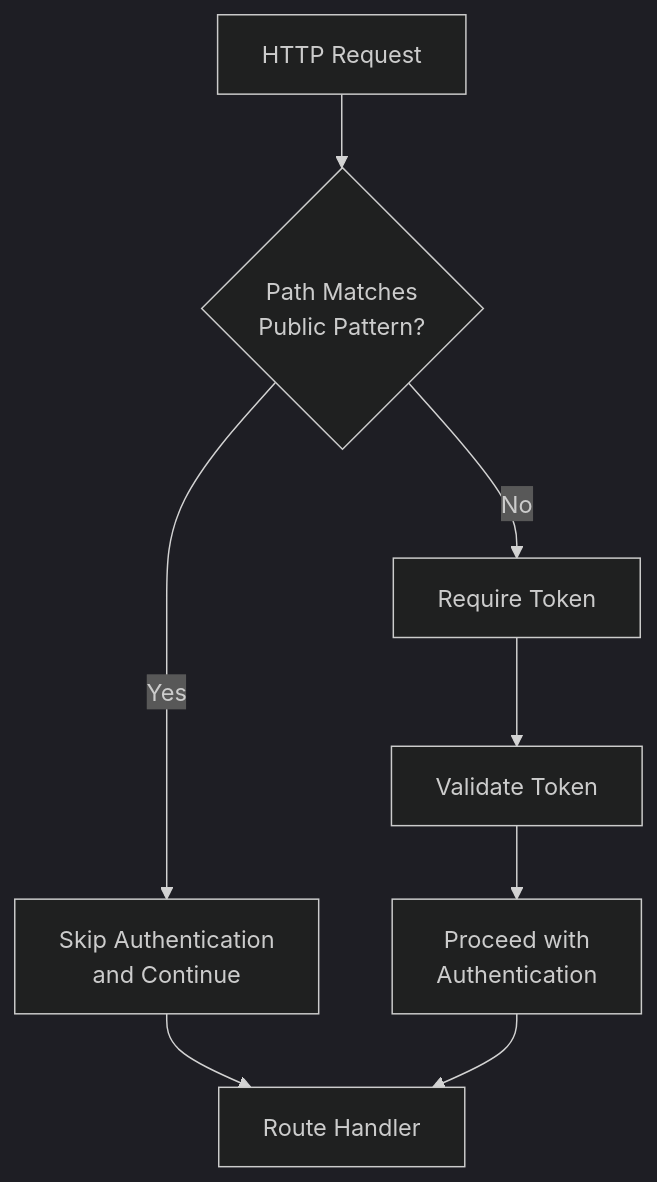
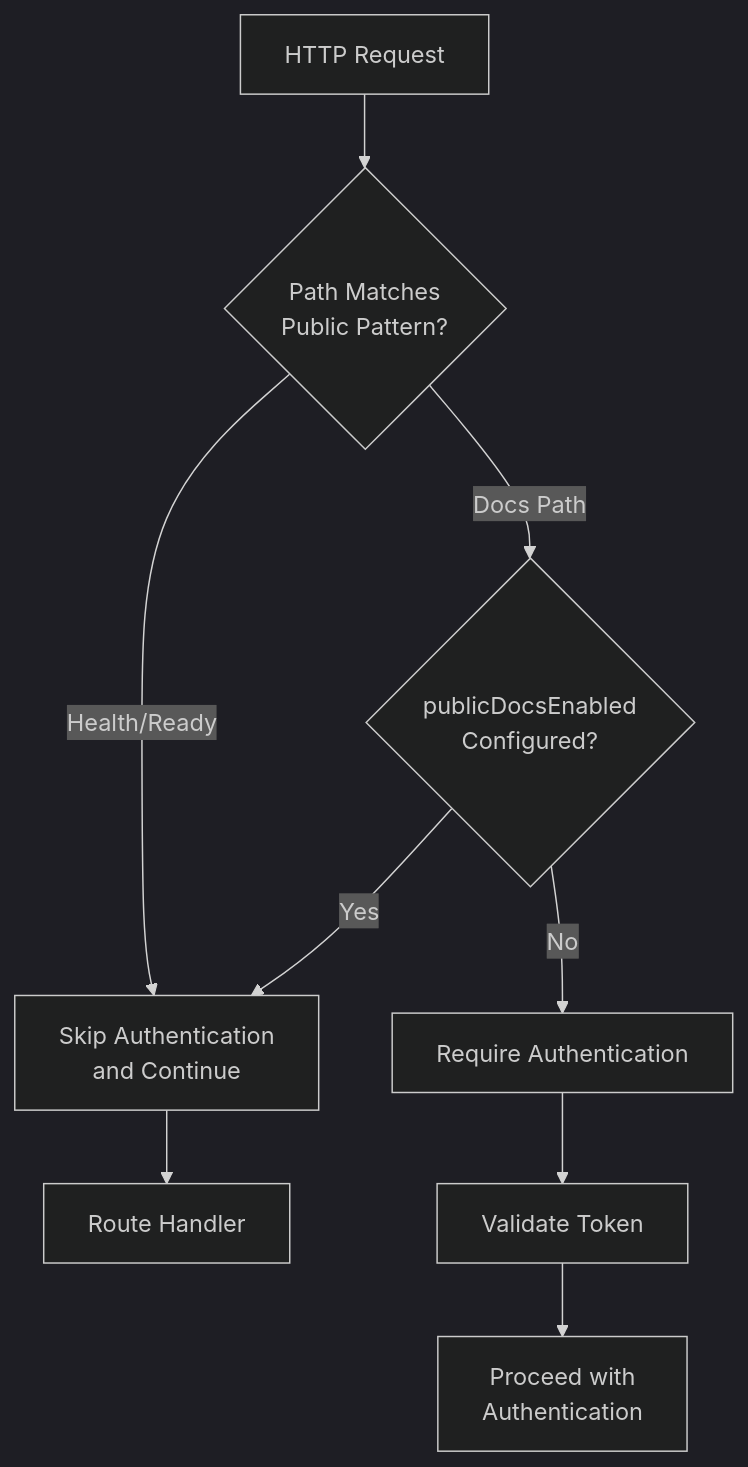
The sixth of 8 diagrams in .qoder/repowiki/en/content/Architecture/Backend Architecture/Middleware/Authentication Middleware.md (gaigenticai/escrowgrid), drawn with Mermaid (dark theme) before and after one commit. The commit also changed other lines of this file and 34 other files, not shown here.

````diff
--- a/.qoder/repowiki/en/content/Architecture/Backend Architecture/Middleware/Authentication Middleware.md
+++ b/.qoder/repowiki/en/content/Architecture/Backend Architecture/Middleware/Authentication Middleware.md
@@ -280,10 +313,11 @@
 ```mermaid
 flowchart TD
 Request["HTTP Request"] --> PathCheck{"Path Matches<br/>Public Pattern?"}
-PathCheck --> |Yes| SkipAuth["Skip Authentication<br/>and Continue"]
-PathCheck --> |No| TokenRequired["Require Token"]
-TokenRequired --> ValidateToken["Validate Token"]
+PathCheck --> |Health/Ready| SkipAuth["Skip Authentication<br/>and Continue"]
+PathCheck --> |Docs Path| DocsEnabled{"publicDocsEnabled<br/>Configured?"}
+DocsEnabled --> |Yes| SkipAuth
+DocsEnabled --> |No| RequireAuth["Require Authentication"]
+RequireAuth --> ValidateToken["Validate Token"]
 ValidateToken --> Authenticated["Proceed with<br/>Authentication"]
 SkipAuth --> RouteHandler["Route Handler"]
-Authenticated --> RouteHandler
 ```
````
